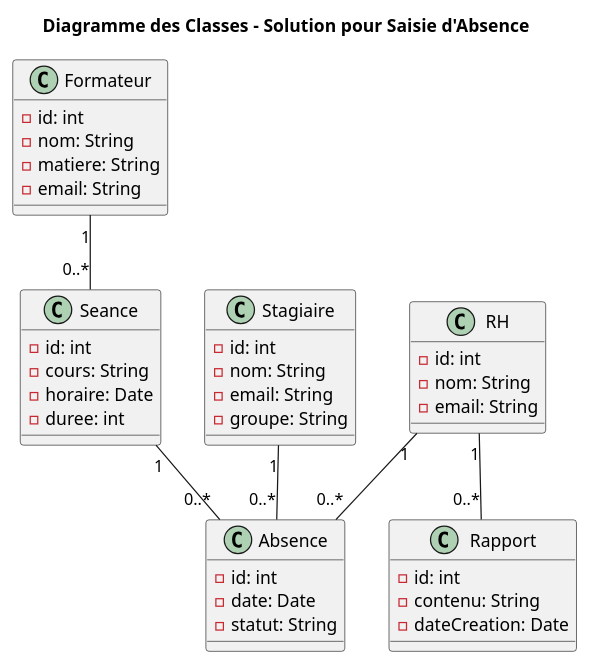
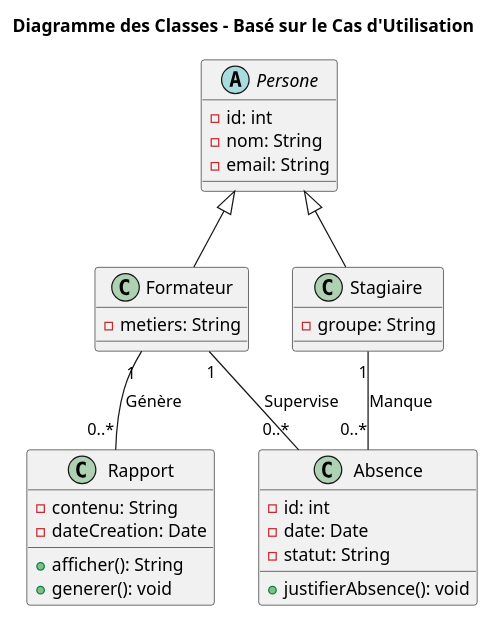
Before and after one commit to DevZakariaAz/Projet_fil_rouge_v1: the diagram in Conception/diagramme_des_classes.plantuml, drawn with PlantUML.

```diff
--- a/Conception/diagramme_des_classes.plantuml
+++ b/Conception/diagramme_des_classes.plantuml
@@ -1,50 +1,39 @@
 @startuml
-title Diagramme des Classes - Solution pour Saisie d'Absence
+title Diagramme des Classes - Basé sur le Cas d'Utilisation
 
-class Formateur {
+abstract class Persone {
   - id: int
   - nom: String
-  - matiere: String
   - email: String
 }
 
-class RH {
-  - id: int
-  - nom: String
-  - email: String
+class Formateur {
+  - metiers: String
+}
+
+class Stagiaire {
+  - groupe: String
 }
 
 class Absence {
   - id: int
   - date: Date
   - statut: String
+  + justifierAbsence(): void
 }
 
 class Rapport {
-  - id: int
   - contenu: String
   - dateCreation: Date
+  + afficher(): String
+  + generer(): void
 }
 
-class Seance {
-  - id: int
-  - cours: String
-  - horaire: Date
-  - duree: int
-}
+Persone <|-- Formateur
+Persone <|-- Stagiaire
 
-class Stagiaire {
-  - id: int
-  - nom: String
-  - email: String
-  - groupe: String
-}
-
-
-Formateur "1" -- "0..*" Seance 
-Seance "1" -- "0..*" Absence 
-Stagiaire "1" -- "0..*" Absence 
-RH "1" -- "0..*" Rapport 
-RH "1" -- "0..*" Absence 
+Formateur "1" -- "0..*" Absence : "Supervise"
+Stagiaire "1" -- "0..*" Absence : "Manque"
+Formateur "1" -- "0..*" Rapport : "Génère"
 
 @enduml
```
